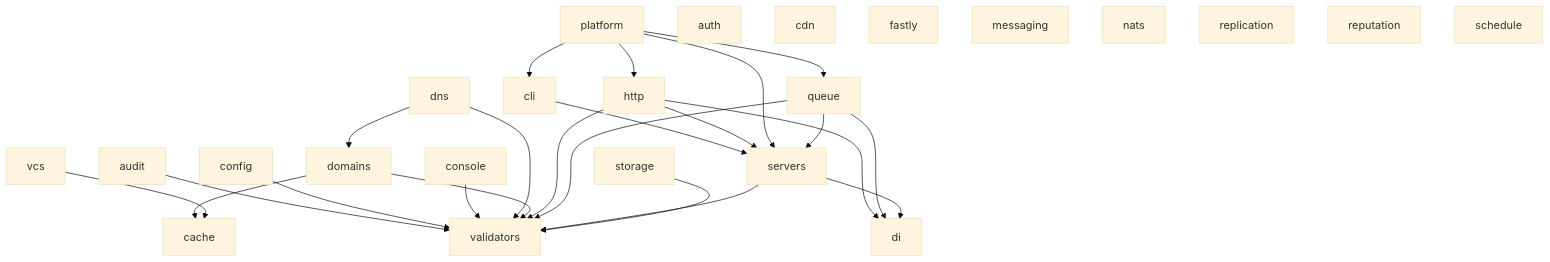
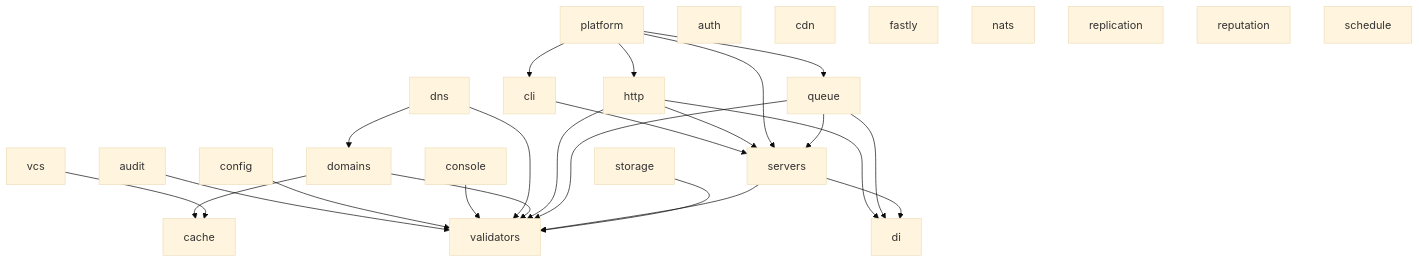
The diagram in README.md (Neekoras/monorepo), drawn with Mermaid (base theme) before and after one commit. The commit also changed other lines of this file and 76 other files, not shown here.

````diff
--- a/README.md
+++ b/README.md
@@ -52,33 +52,32 @@
 ```mermaid
 graph TD
     audit --> validators
     cli --> servers
     config --> validators
     console --> validators
     dns --> validators
     dns --> domains
     domains --> validators
     domains --> cache
     http --> di
     http --> servers
     http --> validators
     platform --> cli
     platform --> http
     platform --> queue
     platform --> servers
     queue --> di
     queue --> servers
     queue --> validators
     servers --> di
     servers --> validators
     storage --> validators
     vcs --> cache
     auth
     cdn
     fastly
-    messaging
     nats
     replication
     reputation
     schedule
 ```
````
